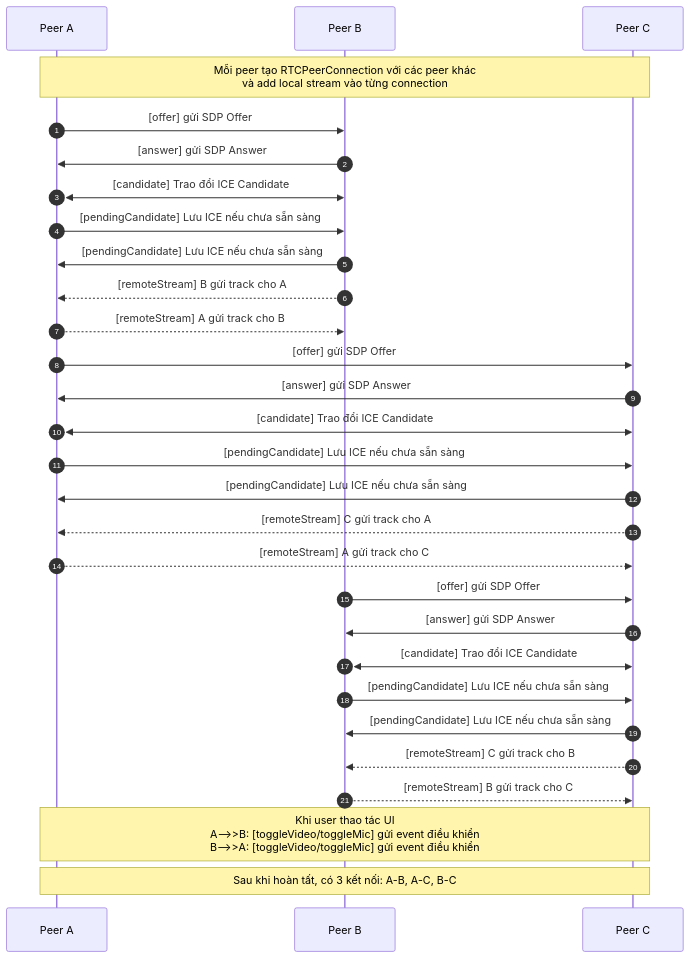
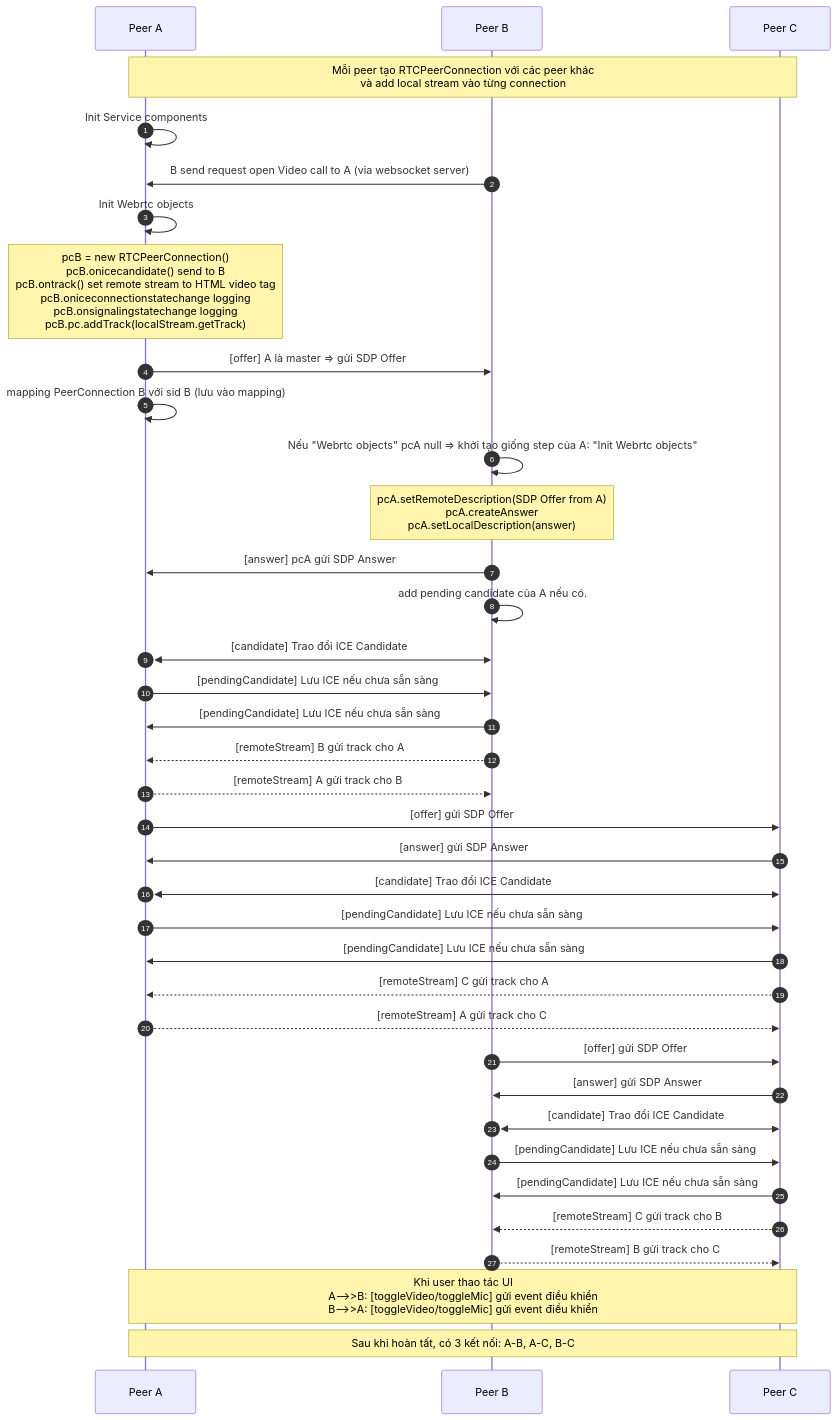
Before and after one commit to uav-project-com/go-webrtc-signal-server: the fourth of 4 diagrams in ui/webrtc-common/README.md, drawn with Mermaid.

Commit message:
update diagram

````diff
--- a/ui/webrtc-common/README.md
+++ b/ui/webrtc-common/README.md
@@ -270,38 +270,48 @@
 ```mermaid
 sequenceDiagram
     autonumber
     participant A as Peer A
     participant B as Peer B
     participant C as Peer C
 
     Note over A,C: Mỗi peer tạo RTCPeerConnection với các peer khác<br/>và add local stream vào từng connection
 
     %% A tạo kết nối với B và C
-    A->>B: [offer] gửi SDP Offer
-    B->>A: [answer] gửi SDP Answer
+    A->>A: Init Service components
+    B->>A: B send request open Video call to A (via websocket server)
+    A->>A: Init Webrtc objects
+    Note over A: pcB = new RTCPeerConnection() <br> pcB.onicecandidate() send to B <br> pcB.ontrack() set remote stream to HTML video tag <br> pcB.oniceconnectionstatechange logging <br> pcB.onsignalingstatechange logging <br> pcB.pc.addTrack(localStream.getTrack)
+    A->>B: [offer] A là master => gửi SDP Offer
+    A->>A: mapping PeerConnection B với sid B (lưu vào mapping)
+
+    B->>B: Nếu "Webrtc objects" pcA null => khởi tạo giống step của A: "Init Webrtc objects"
+    Note over B: pcA.setRemoteDescription(SDP Offer from A) <br> pcA.createAnswer <br> pcA.setLocalDescription(answer)
+    B->>A: [answer] pcA gửi SDP Answer
+    B->>B: add pending candidate của A nếu có.
+    
     A<<->>B: [candidate] Trao đổi ICE Candidate
     A->>B: [pendingCandidate] Lưu ICE nếu chưa sẵn sàng
     B->>A: [pendingCandidate] Lưu ICE nếu chưa sẵn sàng
     B-->>A: [remoteStream] B gửi track cho A
     A-->>B: [remoteStream] A gửi track cho B
 
     A->>C: [offer] gửi SDP Offer
     C->>A: [answer] gửi SDP Answer
     A<<->>C: [candidate] Trao đổi ICE Candidate
     A->>C: [pendingCandidate] Lưu ICE nếu chưa sẵn sàng
     C->>A: [pendingCandidate] Lưu ICE nếu chưa sẵn sàng
     C-->>A: [remoteStream] C gửi track cho A
     A-->>C: [remoteStream] A gửi track cho C
 
     %% B tạo kết nối với C
     B->>C: [offer] gửi SDP Offer
     C->>B: [answer] gửi SDP Answer
     B<<->>C: [candidate] Trao đổi ICE Candidate
     B->>C: [pendingCandidate] Lưu ICE nếu chưa sẵn sàng
     C->>B: [pendingCandidate] Lưu ICE nếu chưa sẵn sàng
     C-->>B: [remoteStream] C gửi track cho B
     B-->>C: [remoteStream] B gửi track cho C
 
     Note over A,C: Khi user thao tác UI<br/>A-->>B: [toggleVideo/toggleMic] gửi event điều khiển<br/>B-->>A: [toggleVideo/toggleMic] gửi event điều khiển
     Note over A,C: Sau khi hoàn tất, có 3 kết nối: A-B, A-C, B-C
 ```
````
